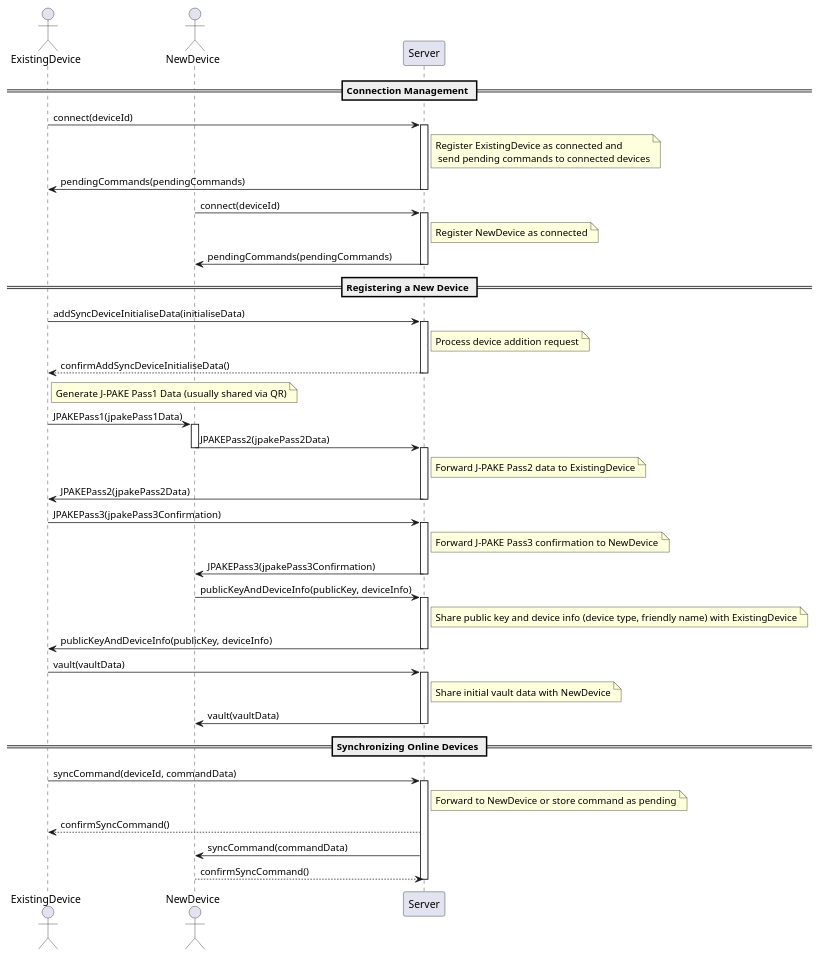
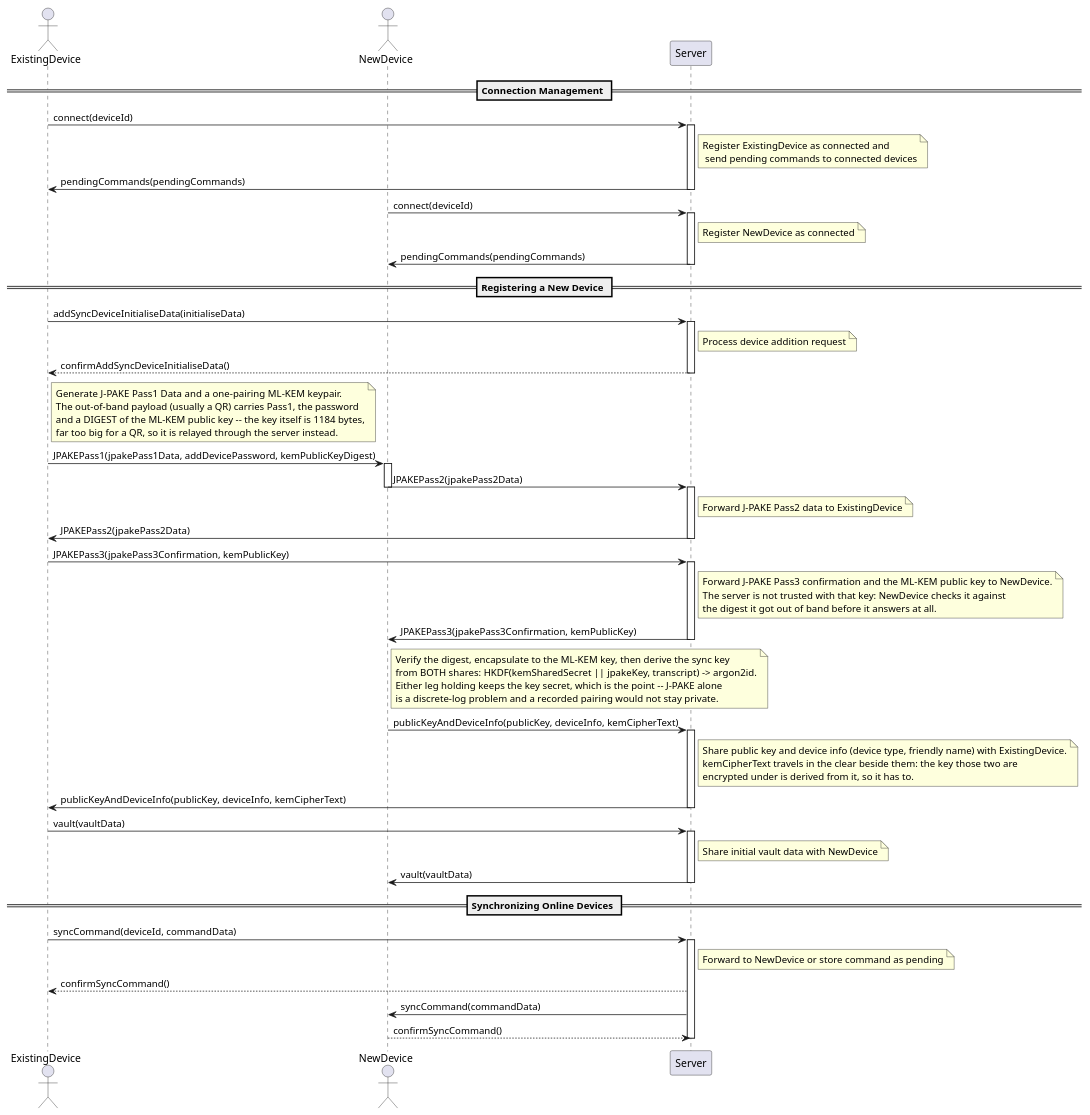
The diagram in packages/server/SyncSequenceDiagram.plantuml (Boelensman1/2fa), drawn with PlantUML before and after one commit. The commit also changed 14 other files, not shown here.

```diff
--- a/packages/server/SyncSequenceDiagram.plantuml
+++ b/packages/server/SyncSequenceDiagram.plantuml
@@ -1,68 +1,70 @@
 @startuml
 actor ExistingDevice
 actor NewDevice
 participant Server
 
 == Connection Management ==
 
 ExistingDevice -> Server: connect(deviceId)
 activate Server
 note right of Server: Register ExistingDevice as connected and\n send pending commands to connected devices
 Server -> ExistingDevice: pendingCommands(pendingCommands)
 deactivate Server
 
 NewDevice -> Server: connect(deviceId)
 activate Server
 note right of Server: Register NewDevice as connected
 Server -> NewDevice: pendingCommands(pendingCommands)
 deactivate Server
 
 == Registering a New Device ==
 
 ExistingDevice -> Server: addSyncDeviceInitialiseData(initialiseData)
 activate Server
 note right of Server: Process device addition request
 Server --> ExistingDevice: confirmAddSyncDeviceInitialiseData()
 deactivate Server
 
-note right of ExistingDevice: Generate J-PAKE Pass1 Data (usually shared via QR)
+note right of ExistingDevice: Generate J-PAKE Pass1 Data and a one-pairing ML-KEM keypair.\nThe out-of-band payload (usually a QR) carries Pass1, the password\nand a DIGEST of the ML-KEM public key -- the key itself is 1184 bytes,\nfar too big for a QR, so it is relayed through the server instead.
 
 
-ExistingDevice -> NewDevice: JPAKEPass1(jpakePass1Data)
+ExistingDevice -> NewDevice: JPAKEPass1(jpakePass1Data, addDevicePassword, kemPublicKeyDigest)
 activate NewDevice
 NewDevice -> Server: JPAKEPass2(jpakePass2Data)
 deactivate NewDevice
 activate Server
 note right of Server: Forward J-PAKE Pass2 data to ExistingDevice
 Server -> ExistingDevice: JPAKEPass2(jpakePass2Data)
 deactivate Server
 
-ExistingDevice -> Server: JPAKEPass3(jpakePass3Confirmation)
+ExistingDevice -> Server: JPAKEPass3(jpakePass3Confirmation, kemPublicKey)
 activate Server
-note right of Server: Forward J-PAKE Pass3 confirmation to NewDevice
-Server -> NewDevice: JPAKEPass3(jpakePass3Confirmation)
+note right of Server: Forward J-PAKE Pass3 confirmation and the ML-KEM public key to NewDevice.\nThe server is not trusted with that key: NewDevice checks it against\nthe digest it got out of band before it answers at all.
+Server -> NewDevice: JPAKEPass3(jpakePass3Confirmation, kemPublicKey)
 deactivate Server
 
-NewDevice -> Server: publicKeyAndDeviceInfo(publicKey, deviceInfo)
+note right of NewDevice: Verify the digest, encapsulate to the ML-KEM key, then derive the sync key\nfrom BOTH shares: HKDF(kemSharedSecret || jpakeKey, transcript) -> argon2id.\nEither leg holding keeps the key secret, which is the point -- J-PAKE alone\nis a discrete-log problem and a recorded pairing would not stay private.
+
+NewDevice -> Server: publicKeyAndDeviceInfo(publicKey, deviceInfo, kemCipherText)
 activate Server
-note right of Server: Share public key and device info (device type, friendly name) with ExistingDevice
-Server -> ExistingDevice: publicKeyAndDeviceInfo(publicKey, deviceInfo)
+note right of Server: Share public key and device info (device type, friendly name) with ExistingDevice.\nkemCipherText travels in the clear beside them: the key those two are\nencrypted under is derived from it, so it has to.
+Server -> ExistingDevice: publicKeyAndDeviceInfo(publicKey, deviceInfo, kemCipherText)
 deactivate Server
 
 ExistingDevice -> Server: vault(vaultData)
 activate Server
 note right of Server: Share initial vault data with NewDevice
 Server -> NewDevice: vault(vaultData)
 deactivate Server
 
 == Synchronizing Online Devices ==
 
 ExistingDevice -> Server: syncCommand(deviceId, commandData)
 activate Server
 note right of Server: Forward to NewDevice or store command as pending
 Server --> ExistingDevice: confirmSyncCommand()
 Server -> NewDevice: syncCommand(commandData)
 NewDevice --> Server: confirmSyncCommand()
 deactivate Server
 
 @enduml
```
